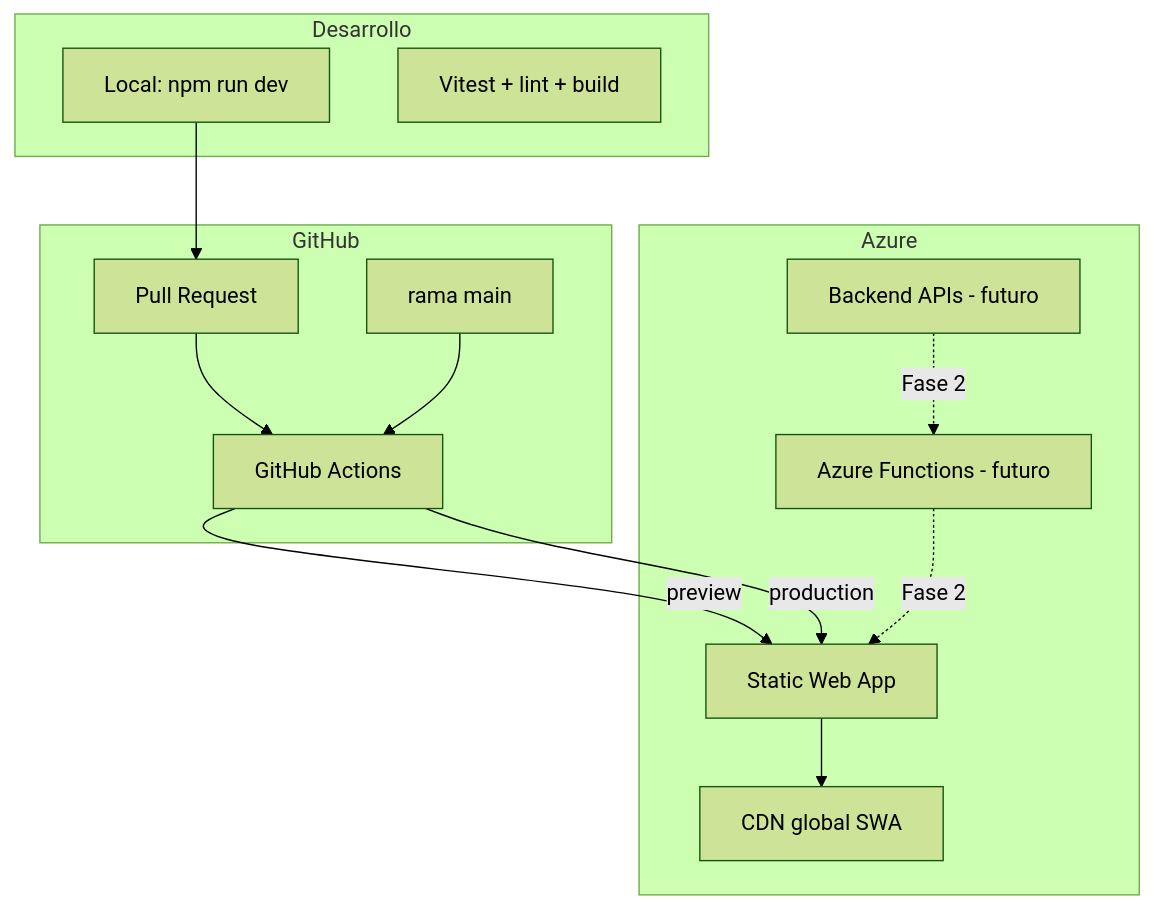
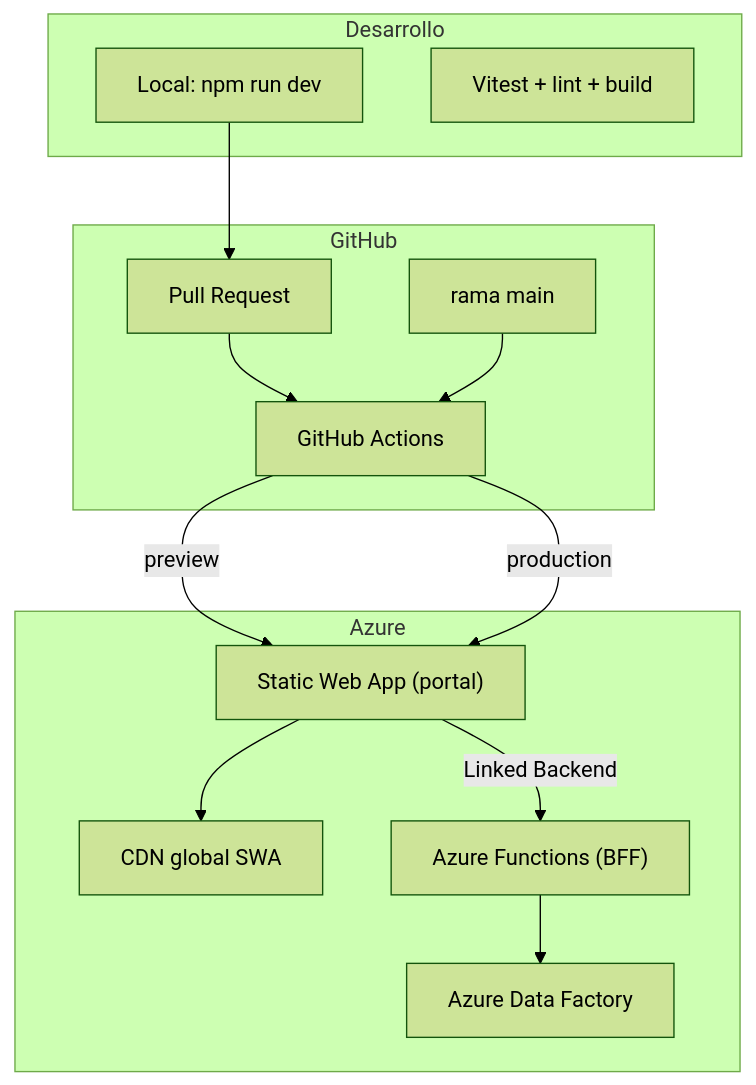
The first of 2 diagrams in docs/DEPLOY-AZURE-SWA.md (miguelgr716playful/AutomatizacionLicencias), drawn with Mermaid (forest theme) before and after one commit. The commit also changed other lines of this file and 17 other files, not shown here.

````diff
--- a/docs/DEPLOY-AZURE-SWA.md
+++ b/docs/DEPLOY-AZURE-SWA.md
@@ -27,29 +26,29 @@
 ```mermaid
 flowchart TB
     subgraph dev["Desarrollo"]
         Dev["Local: npm run dev"]
         Tests["Vitest + lint + build"]
     end
 
     subgraph github["GitHub"]
         PR["Pull Request"]
         Main["rama main"]
         GHA["GitHub Actions"]
     end
 
     subgraph azure["Azure"]
-        SWA["Static Web App"]
+        SWA["Static Web App (portal)"]
         CDN["CDN global SWA"]
-        Fn["Azure Functions - futuro"]
-        API["Backend APIs - futuro"]
+        Fn["Azure Functions (BFF)"]
+        ADF["Azure Data Factory"]
     end
 
     Dev --> PR
     PR --> GHA
     GHA -->|"preview"| SWA
     Main --> GHA
     GHA -->|"production"| SWA
     SWA --> CDN
-    Fn -.->|"Fase 2"| SWA
-    API -.->|"Fase 2"| Fn
+    SWA -->|"Linked Backend"| Fn
+    Fn --> ADF
 ```
````
